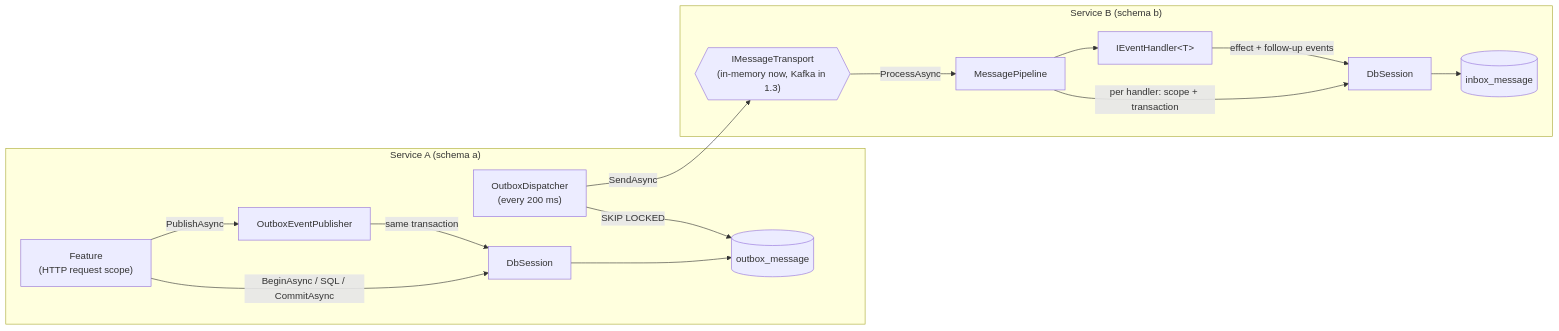
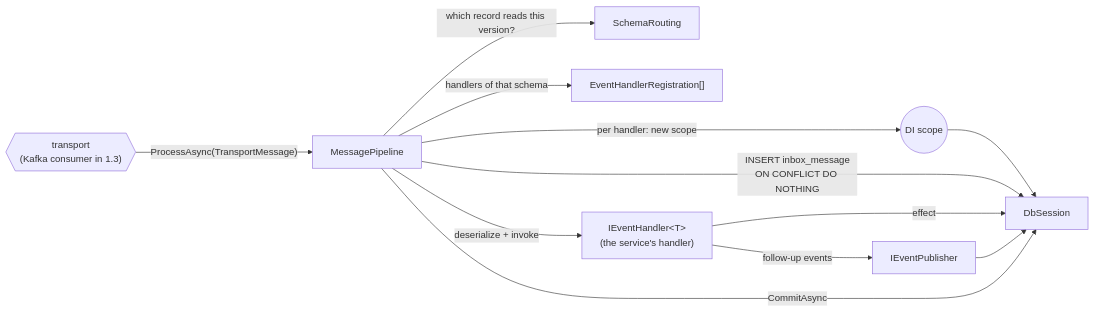
One commit to majid-sharif-soleimani/banking_demo changed the fourth of 6 diagrams in docs/learning/stage-1/slice-1.2.md. Above: the diagram before and after it, drawn with Mermaid. The commit also changed other lines of this file, not shown here.

````diff
--- a/docs/learning/stage-1/slice-1.2.md
+++ b/docs/learning/stage-1/slice-1.2.md
@@ -55,18 +232,13 @@
 ```mermaid
 flowchart LR
-    subgraph A["Service A (schema a)"]
-        F["Feature<br/>(HTTP request scope)"] -->|BeginAsync / SQL / CommitAsync| S1["DbSession"]
-        F -->|PublishAsync| P["OutboxEventPublisher"]
-        P -->|same transaction| S1
-        S1 --> OB[("outbox_message")]
-        D["OutboxDispatcher<br/>(every 200 ms)"] -->|SKIP LOCKED| OB
-    end
-    D -->|SendAsync| T{{"IMessageTransport<br/>(in-memory now, Kafka in 1.3)"}}
-    subgraph B["Service B (schema b)"]
-        T -->|ProcessAsync| MP["MessagePipeline"]
-        MP -->|"per handler: scope + transaction"| S2["DbSession"]
-        S2 --> IB[("inbox_message")]
-        MP --> H["IEventHandler&lt;T&gt;"]
-        H -->|effect + follow-up events| S2
-    end
+    TR{{"transport<br/>(Kafka consumer in 1.3)"}} -->|"ProcessAsync(TransportMessage)"| MP["MessagePipeline"]
+    MP -->|"which record reads this version?"| SR["SchemaRouting"]
+    MP -->|"handlers of that schema"| REG["EventHandlerRegistration[]"]
+    MP -->|"per handler: new scope"| SC(("DI scope"))
+    SC --> DS["DbSession"]
+    MP -->|"INSERT inbox_message<br/>ON CONFLICT DO NOTHING"| DS
+    MP -->|"deserialize + invoke"| H["IEventHandler&lt;T&gt;<br/>(the service's handler)"]
+    H -->|"effect"| DS
+    H -->|"follow-up events"| P["IEventPublisher"] --> DS
+    MP -->|"CommitAsync"| DS
 ```
````
